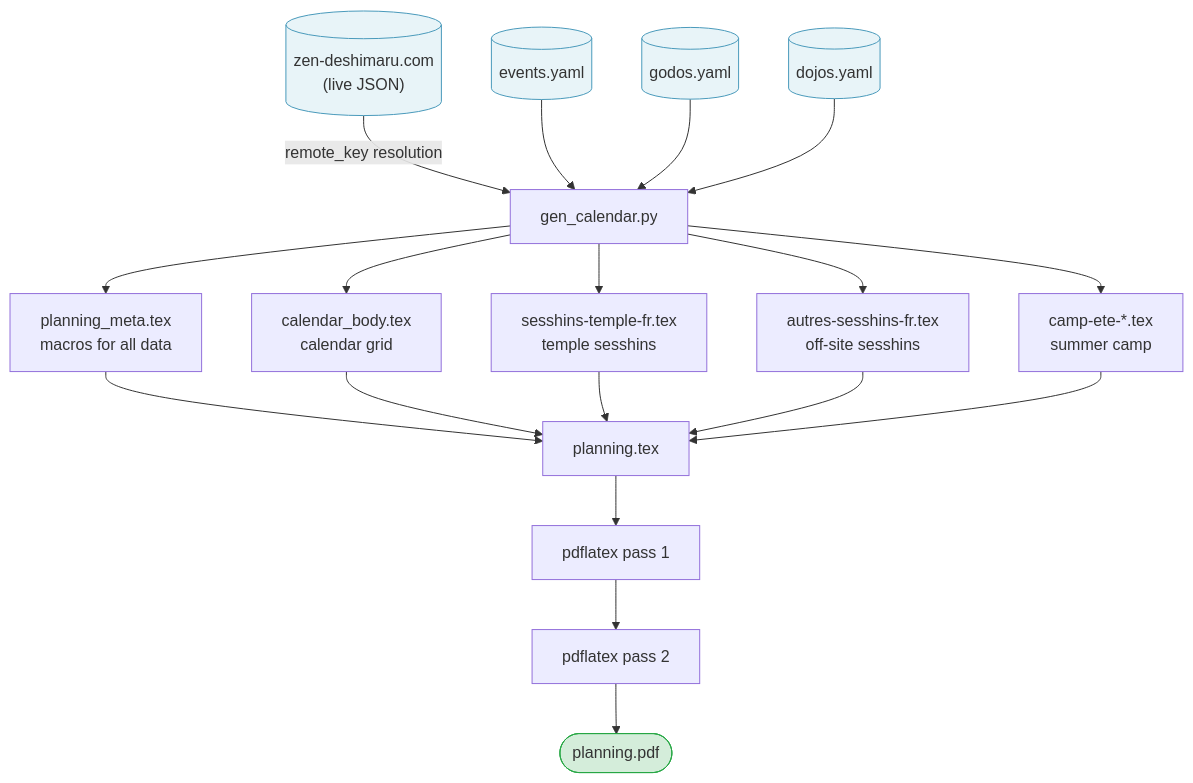
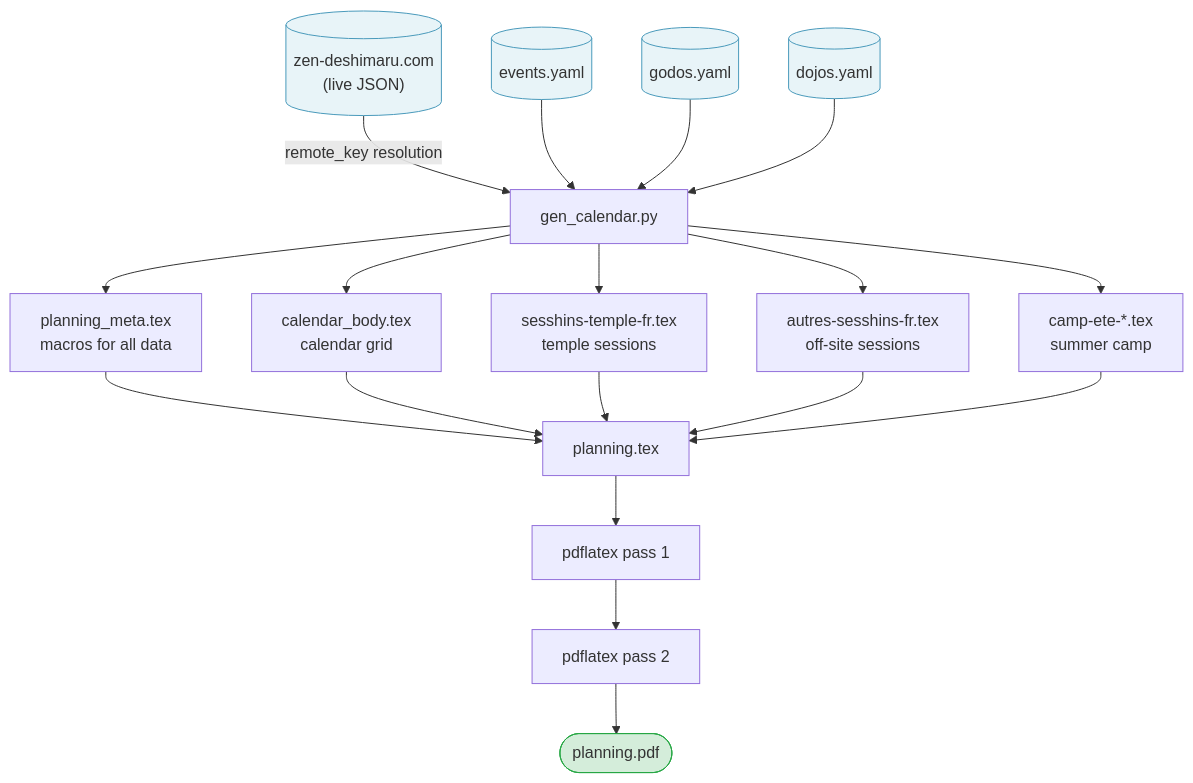
One commit to olivier-carrere/redaction-technique.org changed the diagram in src/content/blog/planning-poster-layout-data-generation-separation.mdx. Above: the diagram before and after it, drawn with Mermaid. The commit also changed other lines of this file, not shown here.

````diff
--- a/src/content/blog/planning-poster-layout-data-generation-separation.mdx
+++ b/src/content/blog/planning-poster-layout-data-generation-separation.mdx
@@ -47,28 +47,28 @@
 ```mermaid
 flowchart TD
     R[("zen-deshimaru.com<br/>(live JSON)")] -->|remote_key resolution| G
     EV[(events.yaml)] --> G
     GO[(godos.yaml)] --> G
     DO[(dojos.yaml)] --> G
     G[gen_calendar.py] --> M[planning_meta.tex<br/>macros for all data]
     G --> CB[calendar_body.tex<br/>calendar grid]
-    G --> ST[sesshins-temple-fr.tex<br/>temple sesshins]
-    G --> AS[autres-sesshins-fr.tex<br/>off-site sesshins]
-    G --> CE[camp-ete-*.tex\nsummer camp]
+    G --> ST[sesshins-temple-fr.tex<br/>temple sessions]
+    G --> AS[autres-sesshins-fr.tex<br/>off-site sessions]
+    G --> CE[camp-ete-*.tex<br/>summer camp]
 
     M --> P[planning.tex]
     CB --> P
     ST --> P
     AS --> P
     CE --> P
 
     P --> L1[pdflatex pass 1]
     L1 --> L2[pdflatex pass 2]
     L2 --> F([planning.pdf])
 
     style R fill:#e8f4f8,stroke:#4a9abb
     style EV fill:#e8f4f8,stroke:#4a9abb
     style GO fill:#e8f4f8,stroke:#4a9abb
     style DO fill:#e8f4f8,stroke:#4a9abb
     style F fill:#d4edda,stroke:#28a745
 ```
````
